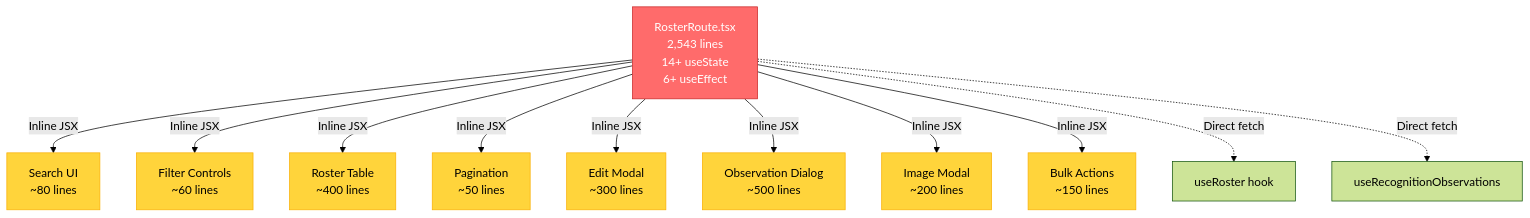
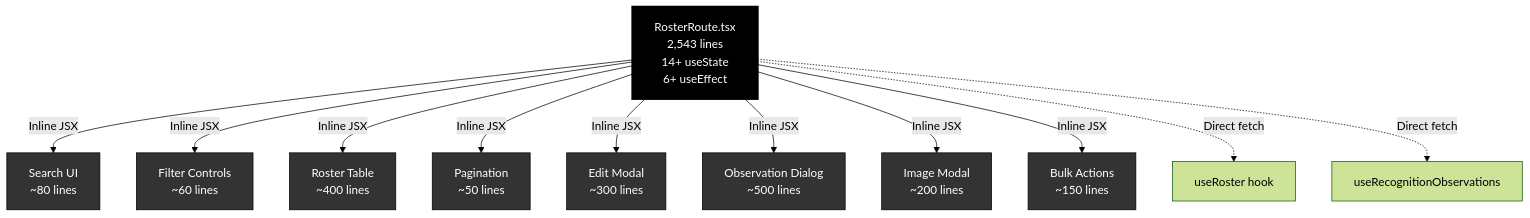
Before and after one commit to darce/context-alt-text-monorepo: the first of 5 diagrams in docs/architecture/rules/component-architecture-patterns.md, drawn with Mermaid (forest theme). The commit also changed other lines of this file and 4 other files, not shown here.

````diff
--- a/docs/architecture/rules/component-architecture-patterns.md
+++ b/docs/architecture/rules/component-architecture-patterns.md
@@ -18,26 +18,26 @@
 ```mermaid
 graph TD
     RosterRoute["RosterRoute.tsx<br/>2,543 lines<br/>14+ useState<br/>6+ useEffect"]
 
     RosterRoute -->|"Inline JSX"| Search["Search UI<br/>~80 lines"]
     RosterRoute -->|"Inline JSX"| Filters["Filter Controls<br/>~60 lines"]
     RosterRoute -->|"Inline JSX"| Table["Roster Table<br/>~400 lines"]
     RosterRoute -->|"Inline JSX"| Pagination["Pagination<br/>~50 lines"]
     RosterRoute -->|"Inline JSX"| EditModal["Edit Modal<br/>~300 lines"]
     RosterRoute -->|"Inline JSX"| ObsDialog["Observation Dialog<br/>~500 lines"]
     RosterRoute -->|"Inline JSX"| ImageModal["Image Modal<br/>~200 lines"]
     RosterRoute -->|"Inline JSX"| BulkActions["Bulk Actions<br/>~150 lines"]
 
     RosterRoute -.->|"Direct fetch"| API1["useRoster hook"]
     RosterRoute -.->|"Direct fetch"| API2["useRecognitionObservations"]
 
-    style RosterRoute fill:#ff6b6b,stroke:#c92a2a,color:#fff
-    style Search fill:#ffd43b,stroke:#fab005
-    style Filters fill:#ffd43b,stroke:#fab005
-    style Table fill:#ffd43b,stroke:#fab005
-    style Pagination fill:#ffd43b,stroke:#fab005
-    style EditModal fill:#ffd43b,stroke:#fab005
-    style ObsDialog fill:#ffd43b,stroke:#fab005
-    style ImageModal fill:#ffd43b,stroke:#fab005
-    style BulkActions fill:#ffd43b,stroke:#fab005
+    style RosterRoute fill:#000,stroke:#000,color:#fff,stroke-width:3px
+    style Search fill:#333,stroke:#000,color:#fff
+    style Filters fill:#333,stroke:#000,color:#fff
+    style Table fill:#333,stroke:#000,color:#fff
+    style Pagination fill:#333,stroke:#000,color:#fff
+    style EditModal fill:#333,stroke:#000,color:#fff
+    style ObsDialog fill:#333,stroke:#000,color:#fff
+    style ImageModal fill:#333,stroke:#000,color:#fff
+    style BulkActions fill:#333,stroke:#000,color:#fff
 ```
````
